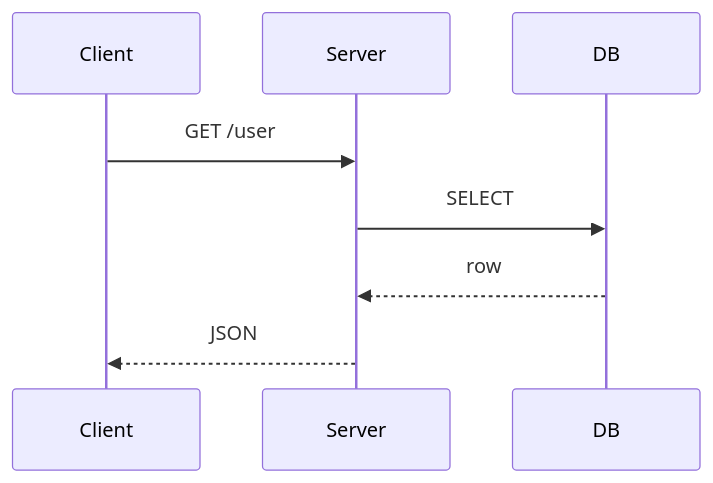
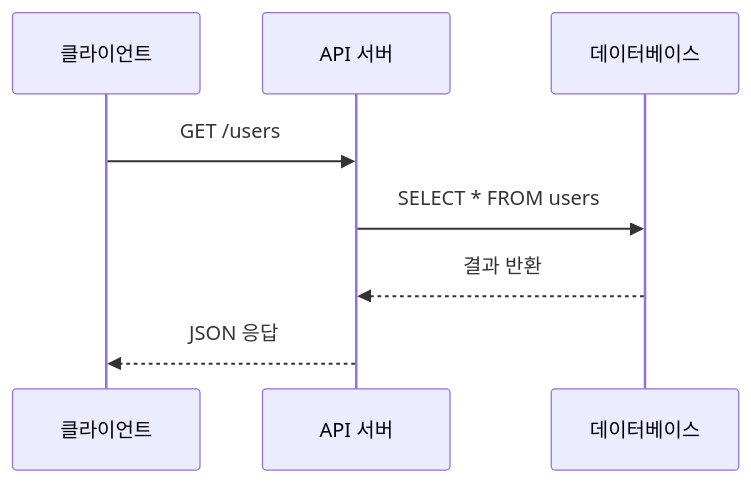
Before and after one commit to yeongseon-books/book-content: the second of 2 diagrams in docs/ko/technical-writing-101/06-using-figures-and-tables.md, drawn with Mermaid. The commit also changed other lines of this file and 4143 other files, not shown here.

````diff
--- a/docs/ko/technical-writing-101/06-using-figures-and-tables.md
+++ b/docs/ko/technical-writing-101/06-using-figures-and-tables.md
@@ -57,7 +157,11 @@
 ```mermaid
 sequenceDiagram
-    Client->>Server: GET /user
-    Server->>DB: SELECT
-    DB-->>Server: row
-    Server-->>Client: JSON
+    participant C as 클라이언트
+    participant A as API 서버
+    participant D as 데이터베이스
+
+    C->>A: GET /users
+    A->>D: SELECT * FROM users
+    D-->>A: 결과 반환
+    A-->>C: JSON 응답
 ```
````
